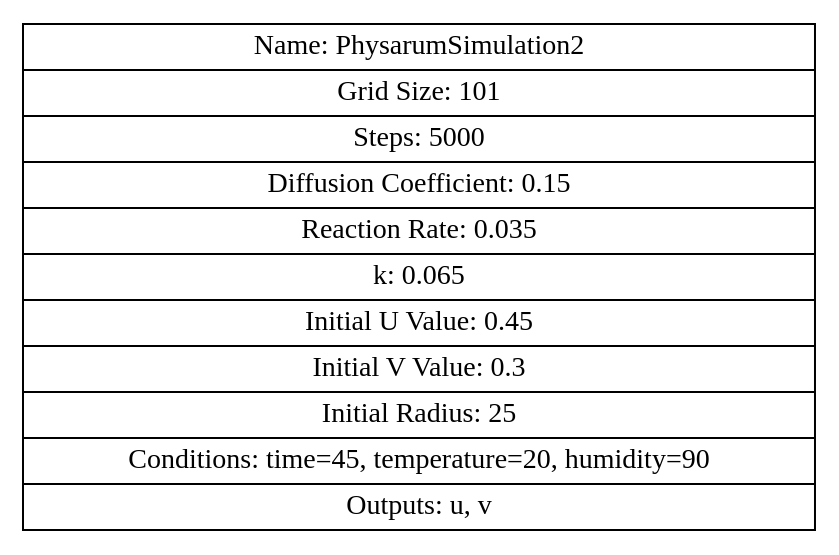
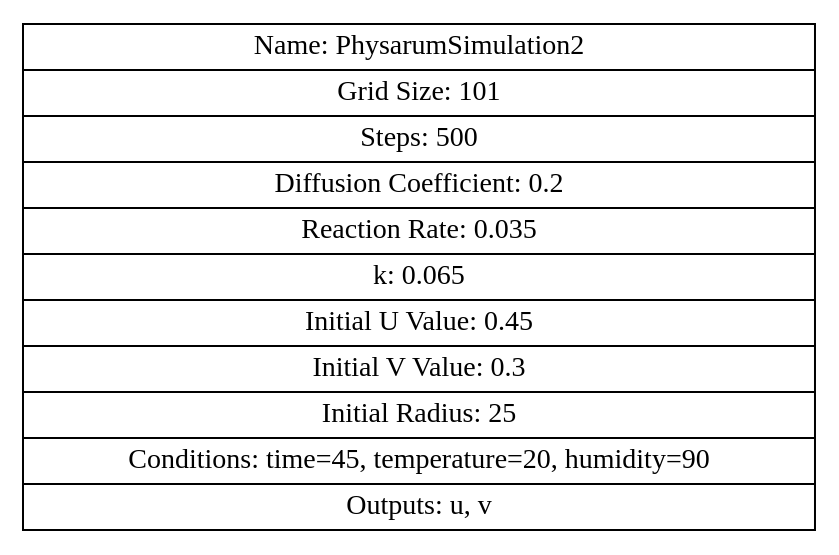
One commit to biokomputer/dsl changed the diagram in 22/physarum.dot. Above: the diagram before and after it, drawn with Graphviz. The commit also changed 9 other files, not shown here.

```diff
--- a/22/physarum.dot
+++ b/22/physarum.dot
@@ -1,17 +1,17 @@
 
     digraph G {
         node [shape=record];
         "Simulation" [label="{
             Name: PhysarumSimulation2 |
             Grid Size: 101 |
-            Steps: 5000 |
-            Diffusion Coefficient: 0.15 |
+            Steps: 500 |
+            Diffusion Coefficient: 0.2 |
             Reaction Rate: 0.035 |
             k: 0.065 |
             Initial U Value: 0.45 |
             Initial V Value: 0.3 |
             Initial Radius: 25 |
             Conditions: time=45, temperature=20, humidity=90 |
             Outputs: u, v
         }"];
     }
```
